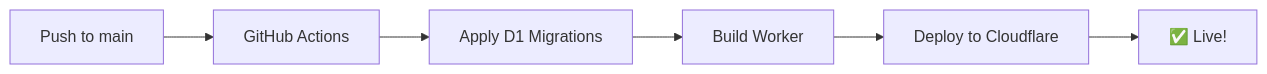
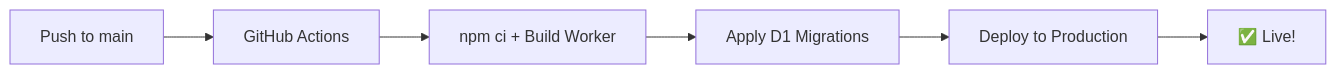
The diagram in AUTOMATED_DEPLOYMENT.md (link0ln/inigma), drawn with Mermaid before and after one commit. The commit also changed other lines of this file and 8 other files, not shown here.

````diff
--- a/AUTOMATED_DEPLOYMENT.md
+++ b/AUTOMATED_DEPLOYMENT.md
@@ -11,8 +12,8 @@
 ```mermaid
 graph LR
     A[Push to main] --> B[GitHub Actions]
-    B --> C[Apply D1 Migrations]
-    C --> D[Build Worker]
-    D --> E[Deploy to Cloudflare]
+    B --> C[npm ci + Build Worker]
+    C --> D[Apply D1 Migrations]
+    D --> E[Deploy to Production]
     E --> F[✅ Live!]
 ```
````
